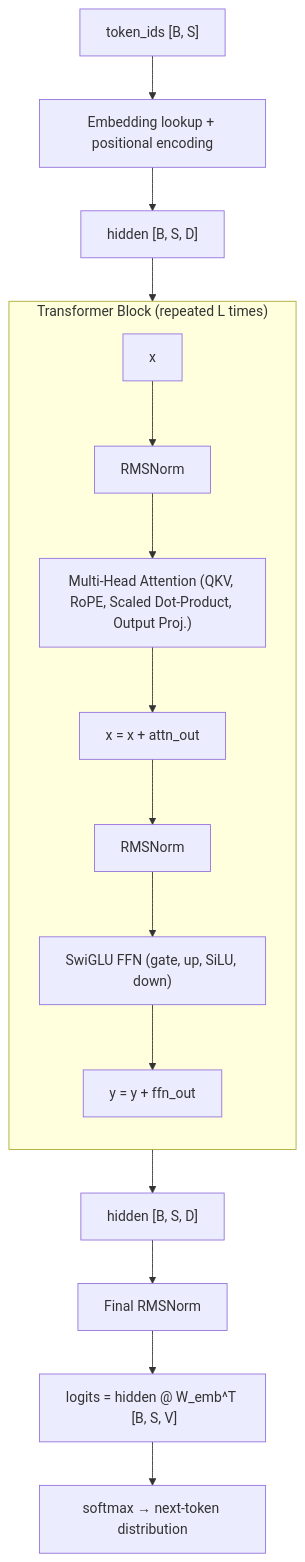
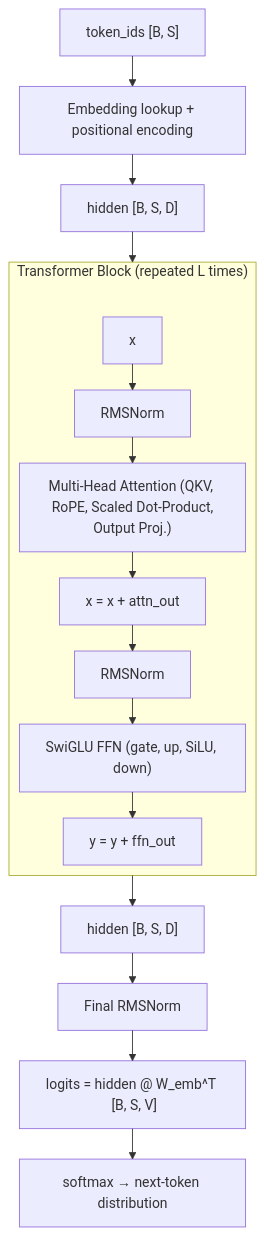
Before and after one commit to Wty2003328/ai_infra_intro: the first of 2 diagrams in ai_infra/L6_Algorithms_and_Models/Transformer_Internals.md, drawn with Mermaid. The commit also changed other lines of this file and 108 other files, not shown here.

````diff
--- a/ai_infra/L6_Algorithms_and_Models/Transformer_Internals.md
+++ b/ai_infra/L6_Algorithms_and_Models/Transformer_Internals.md
@@ -29,20 +29,21 @@
 ```mermaid
+%%{init: {"flowchart": {"defaultRenderer": "elk", "nodeSpacing": 60, "rankSpacing": 60, "htmlLabels": false}}}%%
 flowchart TD
     TOK["token_ids [B, S]"] --> EMB["Embedding lookup + positional encoding"]
     EMB --> H0["hidden [B, S, D]"]
     H0 --> BLK["Transformer Block x L"]
     BLK --> HF["hidden [B, S, D]"]
     HF --> FNORM["Final RMSNorm"]
     FNORM --> LOG["logits = hidden @ W_emb^T  [B, S, V]"]
     LOG --> SOFT["softmax → next-token distribution"]
 
     subgraph BLK["Transformer Block (repeated L times)"]
         direction TB
         X0["x"] --> N1["RMSNorm"]
-        N1 --> ATT["Multi-Head Attention (QKV, RoPE, Scaled Dot-Product, Output Proj.)"]
+        N1 --> ATT["Multi-Head Attention (QKV, RoPE, Scaled Dot-Product,<br/>Output Proj.)"]
         ATT --> R1["x = x + attn_out"]
         R1 --> N2["RMSNorm"]
         N2 --> FFN["SwiGLU FFN (gate, up, SiLU, down)"]
         FFN --> R2["y = y + ffn_out"]
     end
 ```
````
